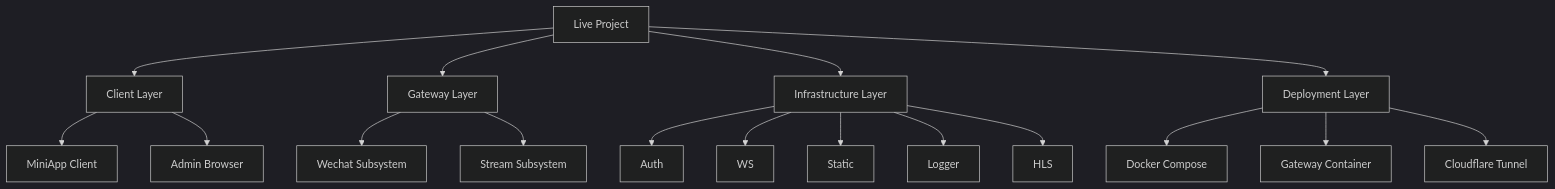
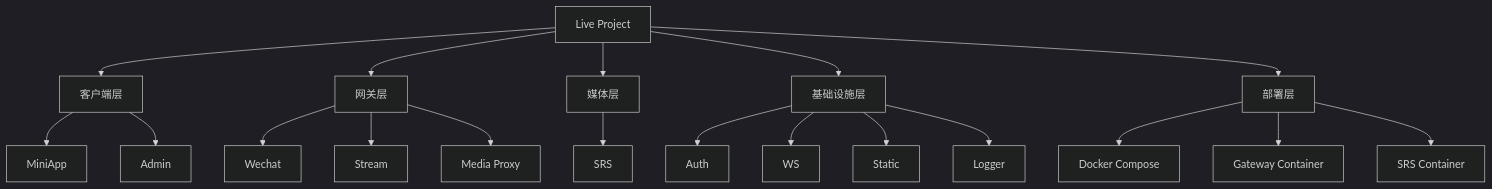
The second of 8 diagrams in docs/architecture-design.md (24-Fahed/Live-Project), drawn with Mermaid (dark theme) before and after one commit. The commit also changed other lines of this file and 13 other files, not shown here.

````diff
--- a/docs/architecture-design.md
+++ b/docs/architecture-design.md
@@ -41,25 +42,23 @@
 ```mermaid
 flowchart TB
     S[Live Project]
+    S --> C[客户端层]
+    S --> G[网关层]
+    S --> M[媒体层]
+    S --> I[基础设施层]
+    S --> D[部署层]
 
-    S --> C[Client Layer]
-    S --> G[Gateway Layer]
-    S --> I[Infrastructure Layer]
-    S --> D[Deployment Layer]
-
-    C --> C1[MiniApp Client]
-    C --> C2[Admin Browser]
-
-    G --> G1[Wechat Subsystem]
-    G --> G2[Stream Subsystem]
-
+    C --> C1[MiniApp]
+    C --> C2[Admin]
+    G --> G1[Wechat]
+    G --> G2[Stream]
+    G --> G3[Media Proxy]
+    M --> M1[SRS]
     I --> I1[Auth]
     I --> I2[WS]
     I --> I3[Static]
     I --> I4[Logger]
-    I --> I5[HLS]
-
     D --> D1[Docker Compose]
     D --> D2[Gateway Container]
-    D --> D3[Cloudflare Tunnel]
+    D --> D3[SRS Container]
 ```
````
